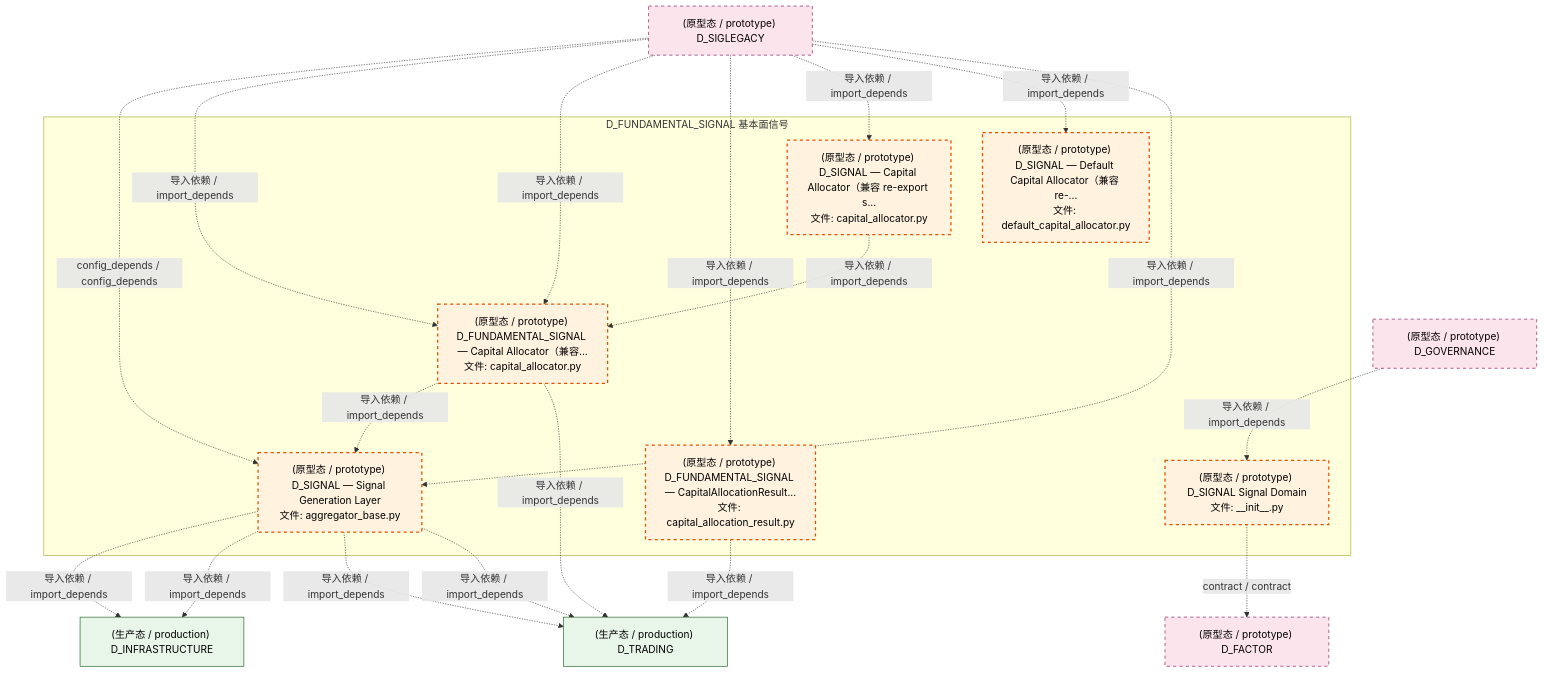
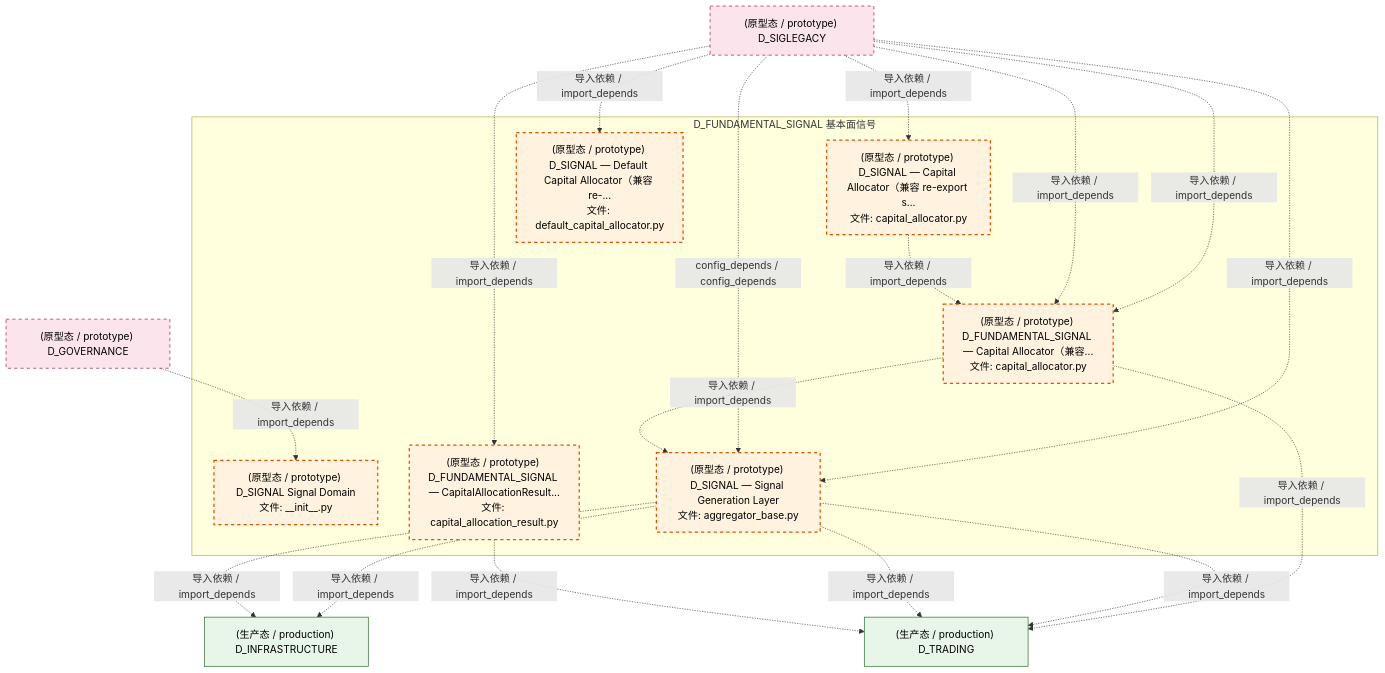
Before and after one commit to xuanFelixVan/ZephyrAlpha: the third of 4 diagrams in docs/02_enterprise_architecture/02_domain_architecture_docs/37_d_fundamental_signal.md, drawn with Mermaid. The commit also changed other lines of this file and 126 other files, not shown here.

````diff
--- a/docs/02_enterprise_architecture/02_domain_architecture_docs/37_d_fundamental_signal.md
+++ b/docs/02_enterprise_architecture/02_domain_architecture_docs/37_d_fundamental_signal.md
@@ -197,40 +197,38 @@
 ```mermaid
 graph TD
     subgraph D_FUNDAMENTAL_SIGNAL["D_FUNDAMENTAL_SIGNAL 基本面信号"]
         src_zephyr_signal_fundamental_init_py["(原型态 / prototype) D_SIGNAL Signal Domain<br/>文件: __init__.py"]
         src_zephyr_signal_fundamental_capital_capital_allocation_result_py["(原型态 / prototype) D_FUNDAMENTAL_SIGNAL — CapitalAllocationResult...<br/>文件: capital_allocation_result.py"]
         src_zephyr_signal_fundamental_capital_capital_allocator_py["(原型态 / prototype) D_SIGNAL — Capital Allocator（兼容 re-export s...<br/>文件: capital_allocator.py"]
         src_zephyr_signal_fundamental_capital_default_capital_allocator_py["(原型态 / prototype) D_SIGNAL — Default Capital Allocator（兼容 re-...<br/>文件: default_capital_allocator.py"]
         src_zephyr_signal_fundamental_gen_aggregator_base_py["(原型态 / prototype) D_SIGNAL — Signal Generation Layer<br/>文件: aggregator_base.py"]
         src_zephyr_signal_fundamental_strategy_capital_allocator_py["(原型态 / prototype) D_FUNDAMENTAL_SIGNAL — Capital Allocator（兼容...<br/>文件: capital_allocator.py"]
     end
     src_zephyr_signal_fundamental_capital_capital_allocator_py -.->|导入依赖 / import_depends| src_zephyr_signal_fundamental_strategy_capital_allocator_py
     src_zephyr_signal_fundamental_strategy_capital_allocator_py -.->|导入依赖 / import_depends| src_zephyr_signal_fundamental_gen_aggregator_base_py
-    D_FACTOR["(原型态 / prototype) D_FACTOR"]
-    src_zephyr_signal_fundamental_init_py -.->|contract / contract| D_FACTOR
     D_TRADING["(生产态 / production) D_TRADING"]
     src_zephyr_signal_fundamental_capital_capital_allocation_result_py -.->|导入依赖 / import_depends| D_TRADING
     D_INFRASTRUCTURE["(生产态 / production) D_INFRASTRUCTURE"]
     src_zephyr_signal_fundamental_gen_aggregator_base_py -.->|导入依赖 / import_depends| D_INFRASTRUCTURE
     src_zephyr_signal_fundamental_gen_aggregator_base_py -.->|导入依赖 / import_depends| D_INFRASTRUCTURE
     src_zephyr_signal_fundamental_gen_aggregator_base_py -.->|导入依赖 / import_depends| D_TRADING
     src_zephyr_signal_fundamental_gen_aggregator_base_py -.->|导入依赖 / import_depends| D_TRADING
     src_zephyr_signal_fundamental_strategy_capital_allocator_py -.->|导入依赖 / import_depends| D_TRADING
     D_SIGLEGACY["(原型态 / prototype) D_SIGLEGACY"]
+    D_SIGLEGACY -.->|导入依赖 / import_depends| src_zephyr_signal_fundamental_strategy_capital_allocator_py
     D_SIGLEGACY -.->|config_depends / config_depends| src_zephyr_signal_fundamental_gen_aggregator_base_py
-    D_SIGLEGACY -.->|导入依赖 / import_depends| src_zephyr_signal_fundamental_strategy_capital_allocator_py
     D_SIGLEGACY -.->|导入依赖 / import_depends| src_zephyr_signal_fundamental_strategy_capital_allocator_py
     D_SIGLEGACY -.->|导入依赖 / import_depends| src_zephyr_signal_fundamental_capital_capital_allocation_result_py
     D_SIGLEGACY -.->|导入依赖 / import_depends| src_zephyr_signal_fundamental_capital_capital_allocator_py
     D_SIGLEGACY -.->|导入依赖 / import_depends| src_zephyr_signal_fundamental_capital_default_capital_allocator_py
     D_GOVERNANCE["(原型态 / prototype) D_GOVERNANCE"]
     D_GOVERNANCE -.->|导入依赖 / import_depends| src_zephyr_signal_fundamental_init_py
     D_SIGLEGACY -.->|导入依赖 / import_depends| src_zephyr_signal_fundamental_gen_aggregator_base_py
     classDef production fill:#e1f5fe,stroke:#01579b,stroke-width:2px,color:#000
     classDef design fill:#fff3e0,stroke:#e65100,stroke-width:2px,color:#000,stroke-dasharray: 5 5
     classDef external_prod fill:#e8f5e9,stroke:#1b5e20,stroke-width:1px,color:#000
     classDef external_design fill:#fce4ec,stroke:#880e4f,stroke-width:1px,color:#000,stroke-dasharray: 5 5
     class src_zephyr_signal_fundamental_init_py,src_zephyr_signal_fundamental_capital_capital_allocation_result_py,src_zephyr_signal_fundamental_capital_capital_allocator_py,src_zephyr_signal_fundamental_capital_default_capital_allocator_py,src_zephyr_signal_fundamental_gen_aggregator_base_py,src_zephyr_signal_fundamental_strategy_capital_allocator_py design
     class D_TRADING,D_INFRASTRUCTURE external_prod
-    class D_FACTOR,D_SIGLEGACY,D_GOVERNANCE external_design
+    class D_SIGLEGACY,D_GOVERNANCE external_design
 ```
````
